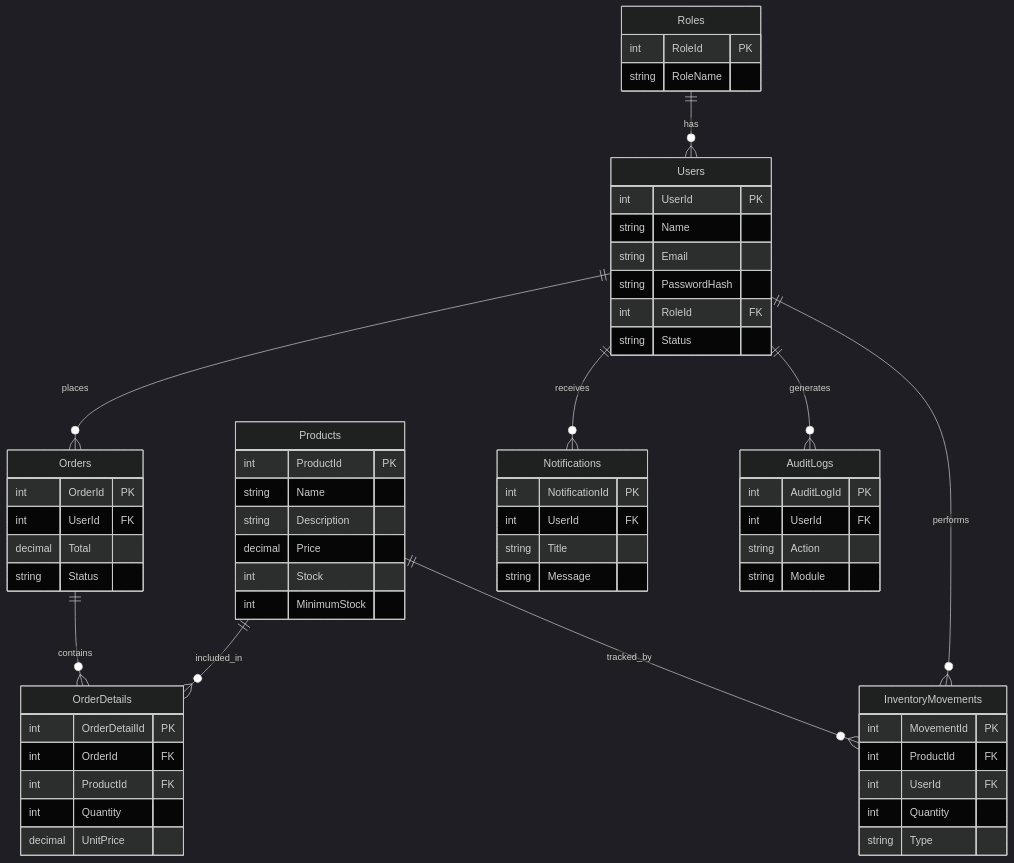
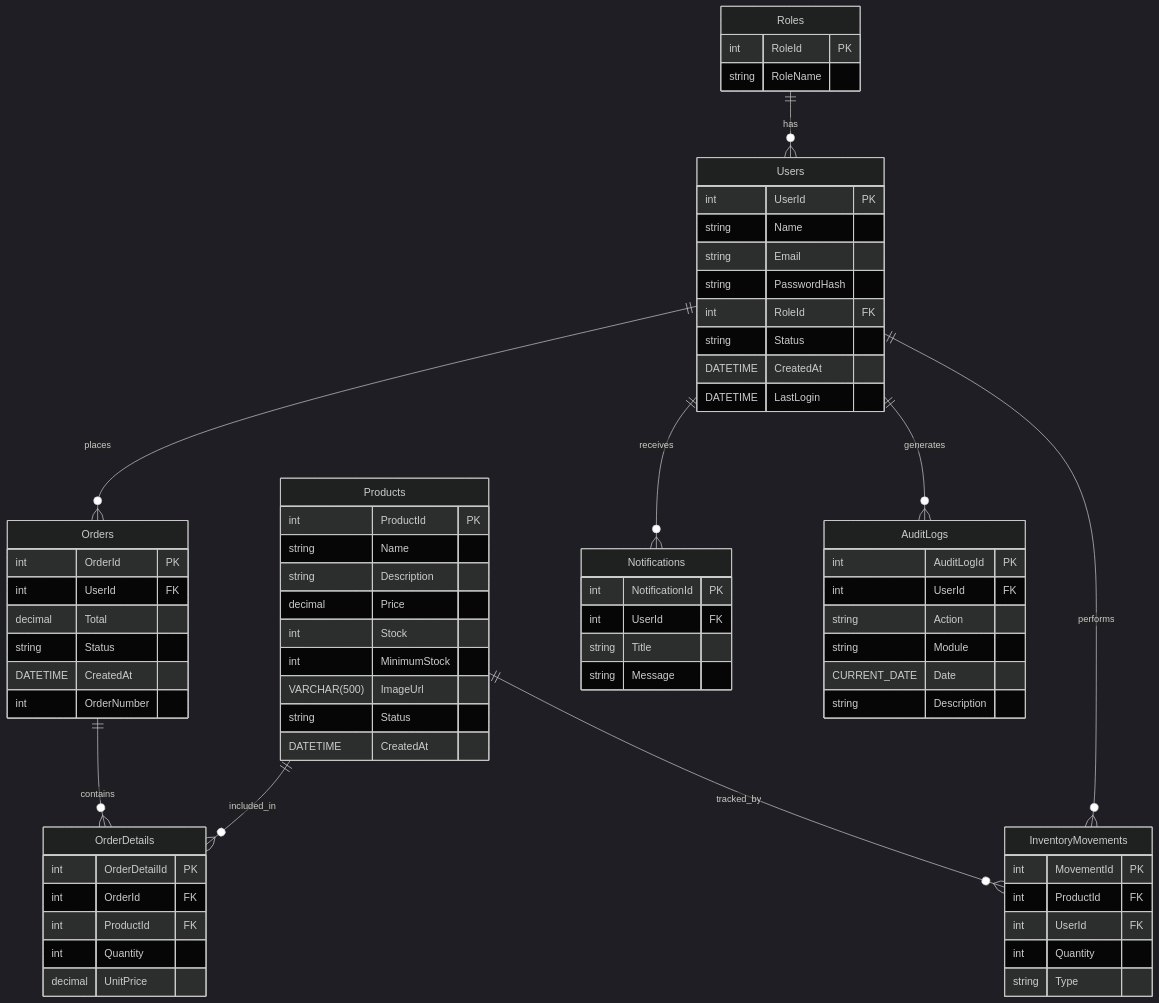
Before and after one commit to RadKane2/smart-inventory-system: the diagram in docs/database-design.md, drawn with Mermaid (dark theme).

Commit message:
database-design modified

````diff
--- a/docs/database-design.md
+++ b/docs/database-design.md
@@ -87,72 +87,81 @@
 ```mermaid
 erDiagram
 
     Roles {
         int RoleId PK
         string RoleName
     }
 
     Users {
         int UserId PK
         string Name
         string Email
         string PasswordHash
         int RoleId FK
         string Status
+        DATETIME CreatedAt
+        DATETIME LastLogin
     }
 
     Products {
         int ProductId PK
         string Name
         string Description
         decimal Price
         int Stock
         int MinimumStock
+        VARCHAR(500) ImageUrl
+        string Status
+        DATETIME CreatedAt
     }
 
     Orders {
         int OrderId PK
         int UserId FK
         decimal Total
         string Status
+        DATETIME CreatedAt
+        int OrderNumber
     }
 
     OrderDetails {
         int OrderDetailId PK
         int OrderId FK
         int ProductId FK
         int Quantity
         decimal UnitPrice
     }
 
     InventoryMovements {
         int MovementId PK
         int ProductId FK
         int UserId FK
         int Quantity
         string Type
     }
 
     Notifications {
         int NotificationId PK
         int UserId FK
         string Title
         string Message
     }
 
     AuditLogs {
         int AuditLogId PK
         int UserId FK
         string Action
         string Module
+        CURRENT_DATE Date
+        string Description
     }
 
     Roles ||--o{ Users : has
     Users ||--o{ Orders : places
     Orders ||--o{ OrderDetails : contains
     Products ||--o{ OrderDetails : included_in
     Products ||--o{ InventoryMovements : tracked_by
     Users ||--o{ InventoryMovements : performs
     Users ||--o{ Notifications : receives
     Users ||--o{ AuditLogs : generates
 ```
````
